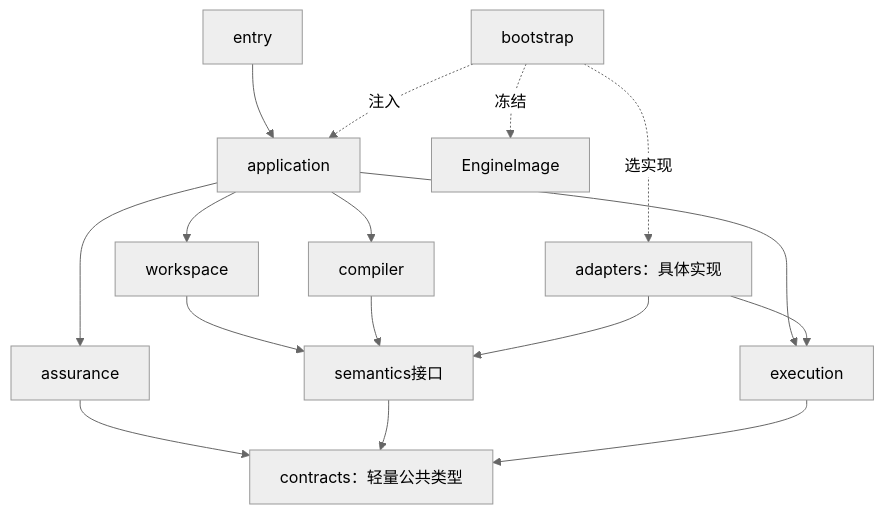
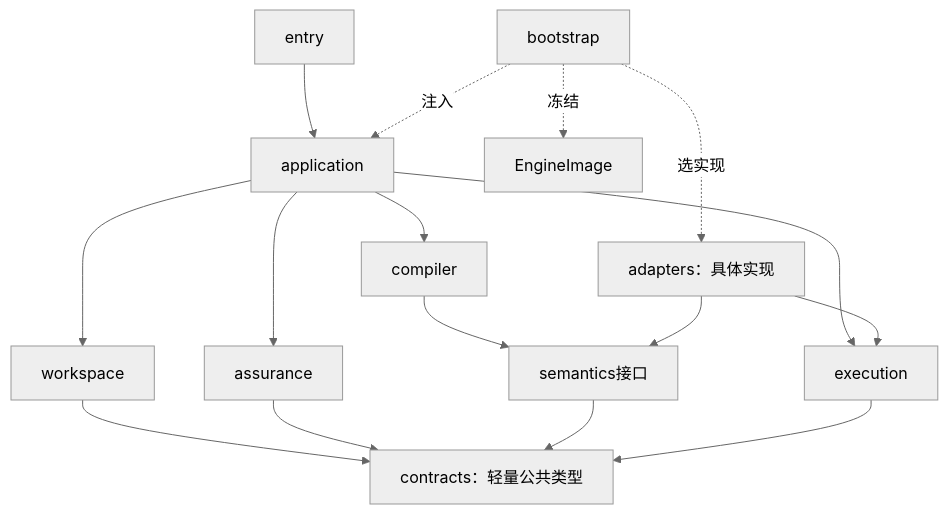
Before and after one commit to sec-platform/sec: the second of 2 diagrams in docs/架构/装配/源绑定与解释映像.md, drawn with Mermaid (neutral theme). The commit also changed other lines of this file and 1462 other files, not shown here.

````diff
--- a/docs/架构/装配/源绑定与解释映像.md
+++ b/docs/架构/装配/源绑定与解释映像.md
@@ -210,18 +223,18 @@
 ```mermaid
 flowchart TB
  Entry["entry"] --> App["application"]
  App --> W["workspace"]
  App --> C["compiler"]
  App --> A["assurance"]
  App --> X["execution"]
- W --> S["semantics接口"]
- C --> S
- A --> Contracts["contracts：轻量公共类型"]
+ W --> Contracts["contracts：轻量公共类型"]
+ C --> S["semantics接口"]
+ A --> Contracts
  S --> Contracts
  X --> Contracts
  Adapt["adapters：具体实现"] --> S
  Adapt --> X
  Boot["bootstrap"] -.注入.-> App
  Boot -.选实现.-> Adapt
  Boot -.冻结.-> Image["EngineImage"]
 ```
````
